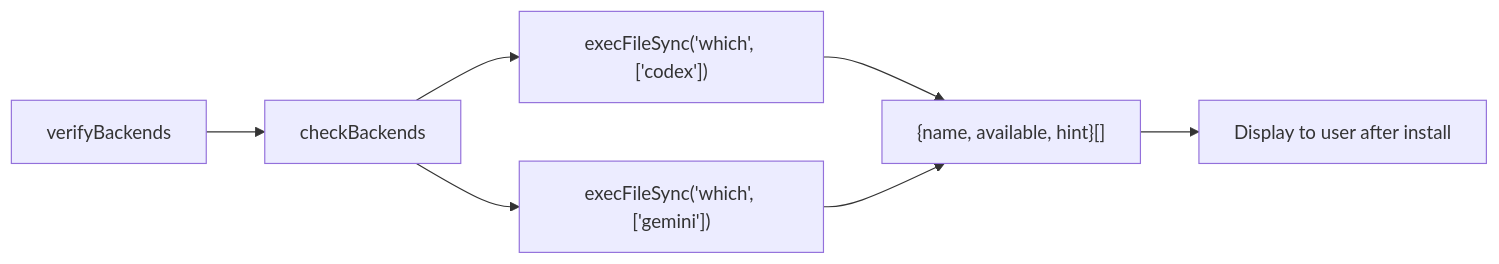
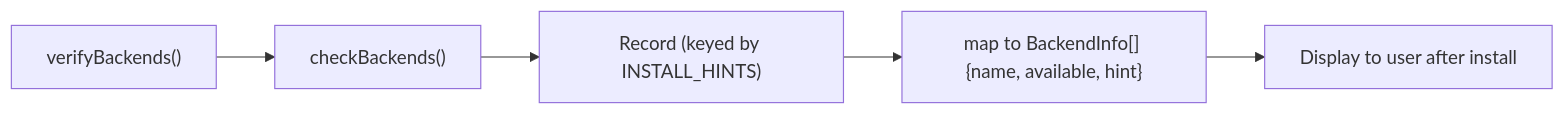
Before and after one commit to freibergergarcia/phone-a-friend: the fifth of 5 diagrams in architecture/04-installer-plugin.md, drawn with Mermaid. The commit also changed other lines of this file and 5 other files, not shown here.

First line of the commit message:
Update architecture docs and fix label-check race condition (#34)

````diff
--- a/architecture/04-installer-plugin.md
+++ b/architecture/04-installer-plugin.md
@@ -127,9 +159,7 @@
 ```mermaid
 flowchart LR
-  A[verifyBackends] --> B[checkBackends]
-  B --> C["execFileSync('which', ['codex'])"]
-  B --> D["execFileSync('which', ['gemini'])"]
-  C --> E["{name, available, hint}[]"]
-  D --> E
-  E --> F[Display to user after install]
+  A["verifyBackends()"] --> B["checkBackends()"]
+  B --> C["Record<string, boolean> (keyed by INSTALL_HINTS)"]
+  C --> D["map to BackendInfo[] {name, available, hint}"]
+  D --> E[Display to user after install]
 ```
````
